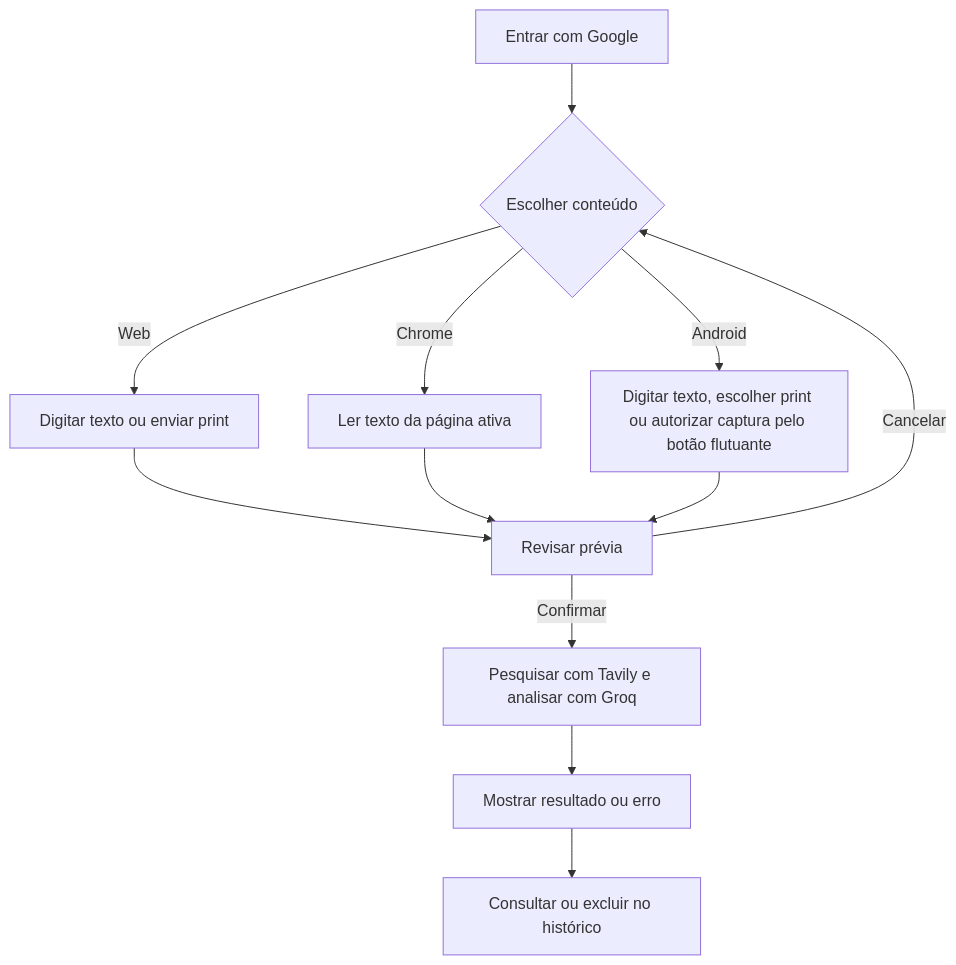
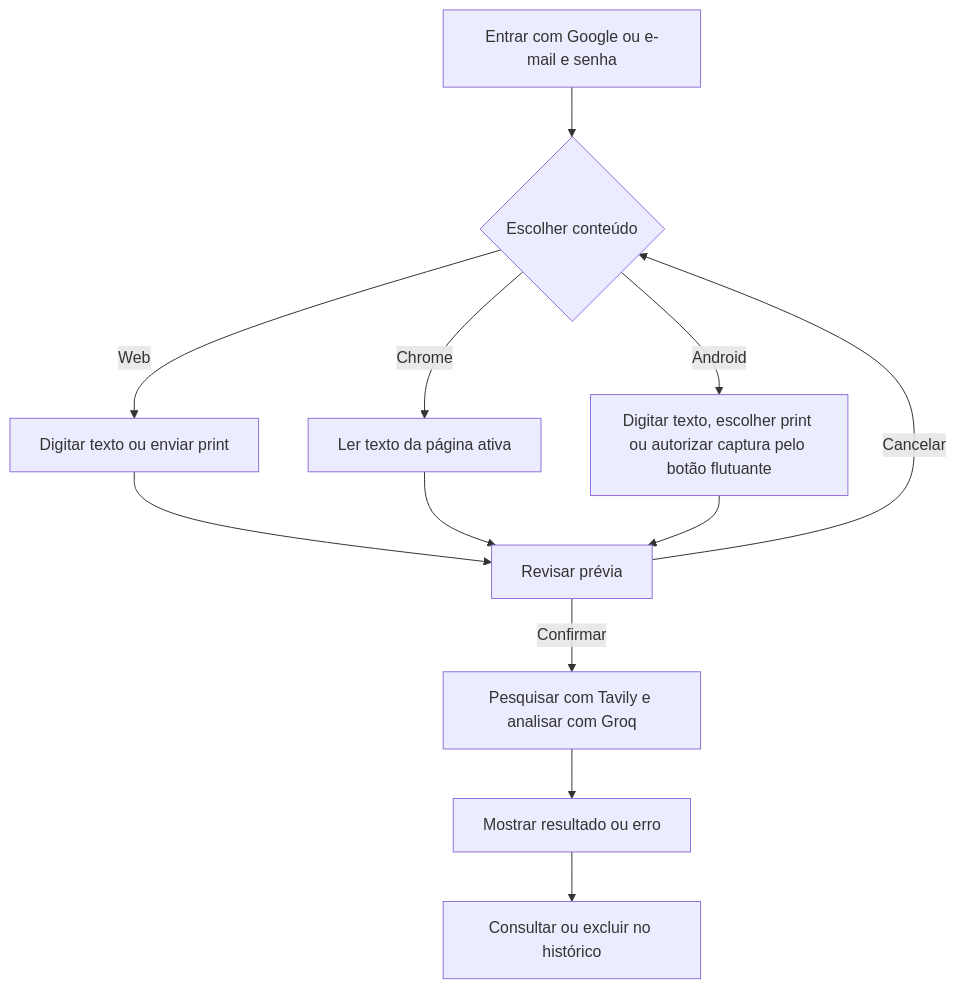
Before and after one commit to Muski360/AutenticAI: the diagram in docs/REQUISITOS_E_PROTOTIPAGEM.md, drawn with Mermaid. The commit also changed other lines of this file and 45 other files, not shown here.

````diff
--- a/docs/REQUISITOS_E_PROTOTIPAGEM.md
+++ b/docs/REQUISITOS_E_PROTOTIPAGEM.md
@@ -9,14 +9,14 @@
 ```mermaid
 flowchart TD
-    A[Entrar com Google] --> B{Escolher conteúdo}
+    A[Entrar com Google ou e-mail e senha] --> B{Escolher conteúdo}
     B -->|Web| C[Digitar texto ou enviar print]
     B -->|Chrome| D[Ler texto da página ativa]
     B -->|Android| E[Digitar texto, escolher print ou autorizar captura pelo botão flutuante]
     C --> F[Revisar prévia]
     D --> F
     E --> F
     F -->|Confirmar| G[Pesquisar com Tavily e analisar com Groq]
     F -->|Cancelar| B
     G --> H[Mostrar resultado ou erro]
     H --> I[Consultar ou excluir no histórico]
 ```
````
